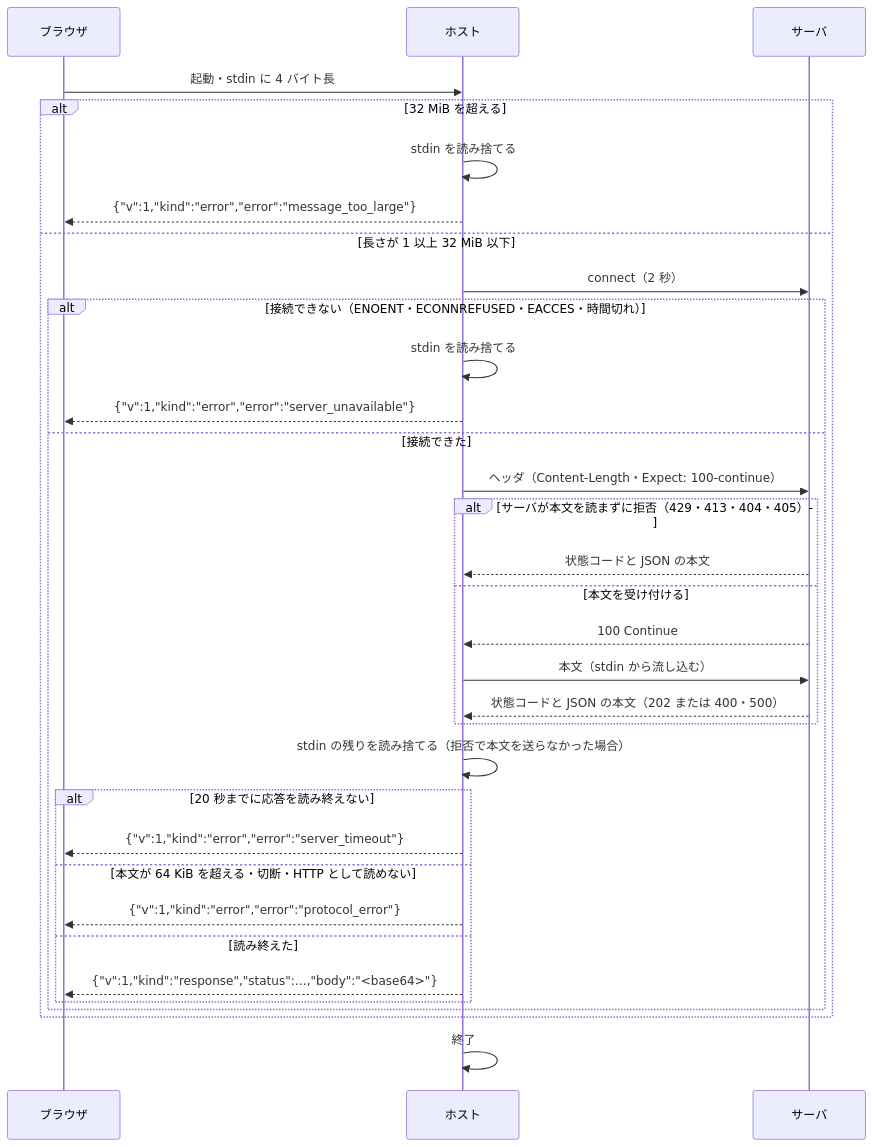
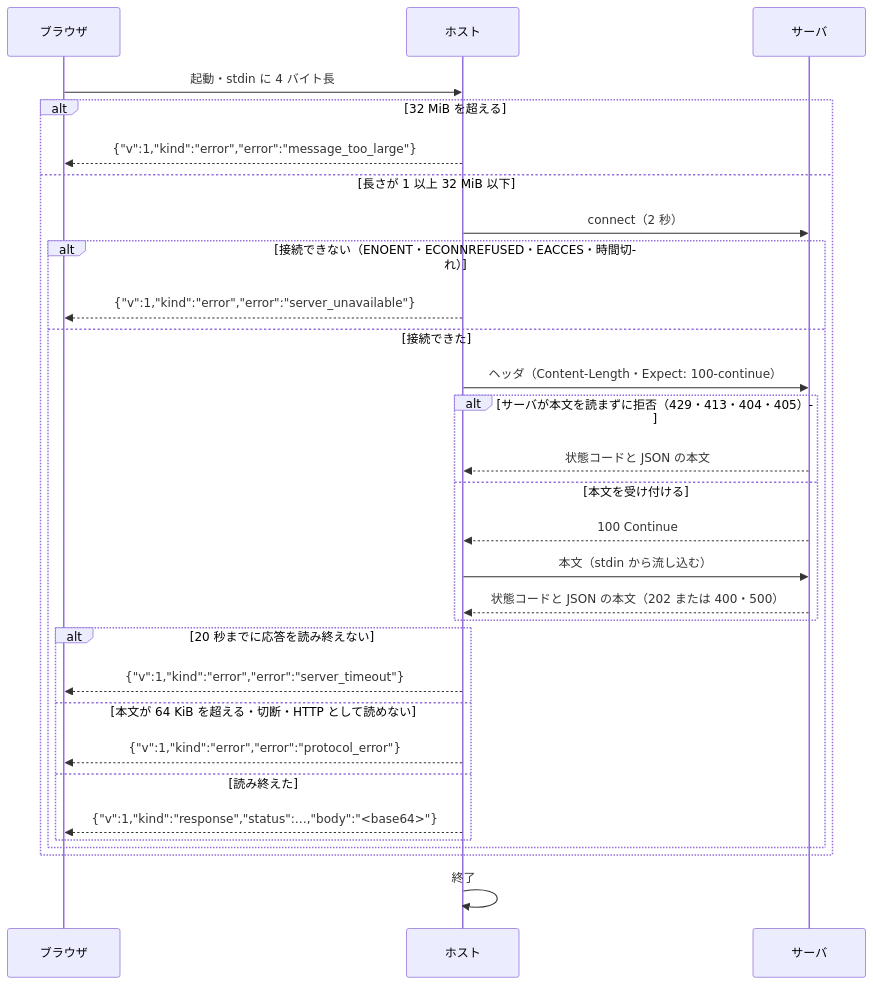
One commit to isseis/yt2column changed the tenth of 12 diagrams in docs/tasks/0026_native_messaging_relay/02_architecture.md. Above: the diagram before and after it, drawn with Mermaid. The commit also changed other lines of this file, not shown here.

First line of the commit message:
docs(0026): drop the stdin drain from the relay

````diff
--- a/docs/tasks/0026_native_messaging_relay/02_architecture.md
+++ b/docs/tasks/0026_native_messaging_relay/02_architecture.md
@@ -1273,36 +1270,33 @@
 ```mermaid
 sequenceDiagram
     participant B as ブラウザ
     participant H as ホスト
     participant S as サーバ
 
     B->>H: 起動・stdin に 4 バイト長
     alt 32 MiB を超える
-        H->>H: stdin を読み捨てる
         H-->>B: {"v":1,"kind":"error","error":"message_too_large"}
     else 長さが 1 以上 32 MiB 以下
         H->>S: connect（2 秒）
         alt 接続できない（ENOENT・ECONNREFUSED・EACCES・時間切れ）
-            H->>H: stdin を読み捨てる
             H-->>B: {"v":1,"kind":"error","error":"server_unavailable"}
         else 接続できた
             H->>S: ヘッダ（Content-Length・Expect: 100-continue）
             alt サーバが本文を読まずに拒否（429・413・404・405）
                 S-->>H: 状態コードと JSON の本文
             else 本文を受け付ける
                 S-->>H: 100 Continue
                 H->>S: 本文（stdin から流し込む）
                 S-->>H: 状態コードと JSON の本文（202 または 400・500）
             end
-            H->>H: stdin の残りを読み捨てる（拒否で本文を送らなかった場合）
             alt 20 秒までに応答を読み終えない
                 H-->>B: {"v":1,"kind":"error","error":"server_timeout"}
             else 本文が 64 KiB を超える・切断・HTTP として読めない
                 H-->>B: {"v":1,"kind":"error","error":"protocol_error"}
             else 読み終えた
                 H-->>B: {"v":1,"kind":"response","status":…,"body":"<base64>"}
             end
         end
     end
     H->>H: 終了
 ```
````
